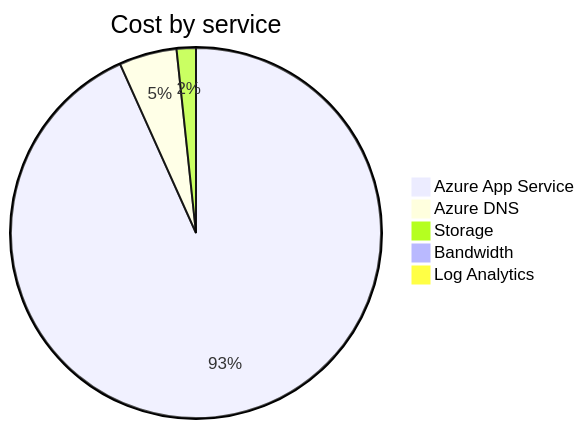
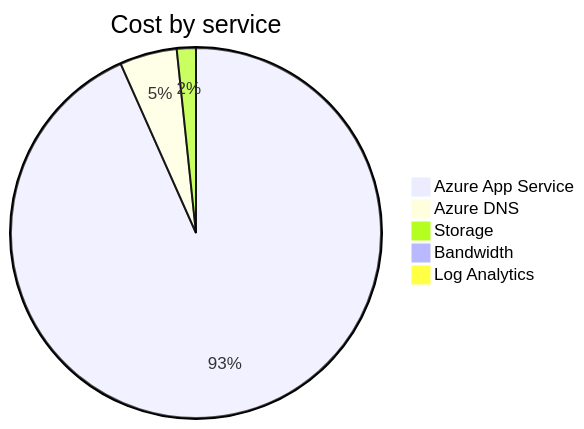
The second of 4 diagrams in cost-reports/accumulated-cost.md (jpfulton/azure-personal-reports), drawn with Mermaid before and after one commit. The commit also changed other lines of this file and 4 other files, not shown here.

````diff
--- a/cost-reports/accumulated-cost.md
+++ b/cost-reports/accumulated-cost.md
@@ -97,9 +97,9 @@
 ```mermaid
 pie
    title Cost by service
-   "Azure App Service" : 1.11
-   "Azure DNS" : 0.06
-   "Storage" : 0.02
+   "Azure App Service" : 1.68
+   "Azure DNS" : 0.09
+   "Storage" : 0.03
    "Bandwidth" : 0.00
    "Log Analytics" : 0.00
 ```
````
